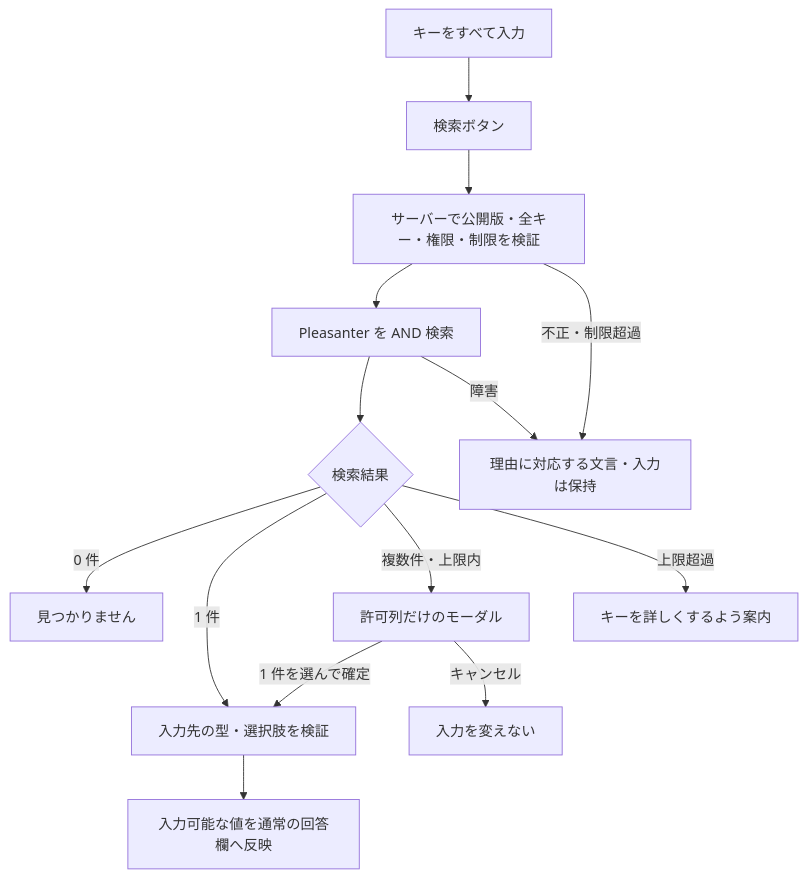
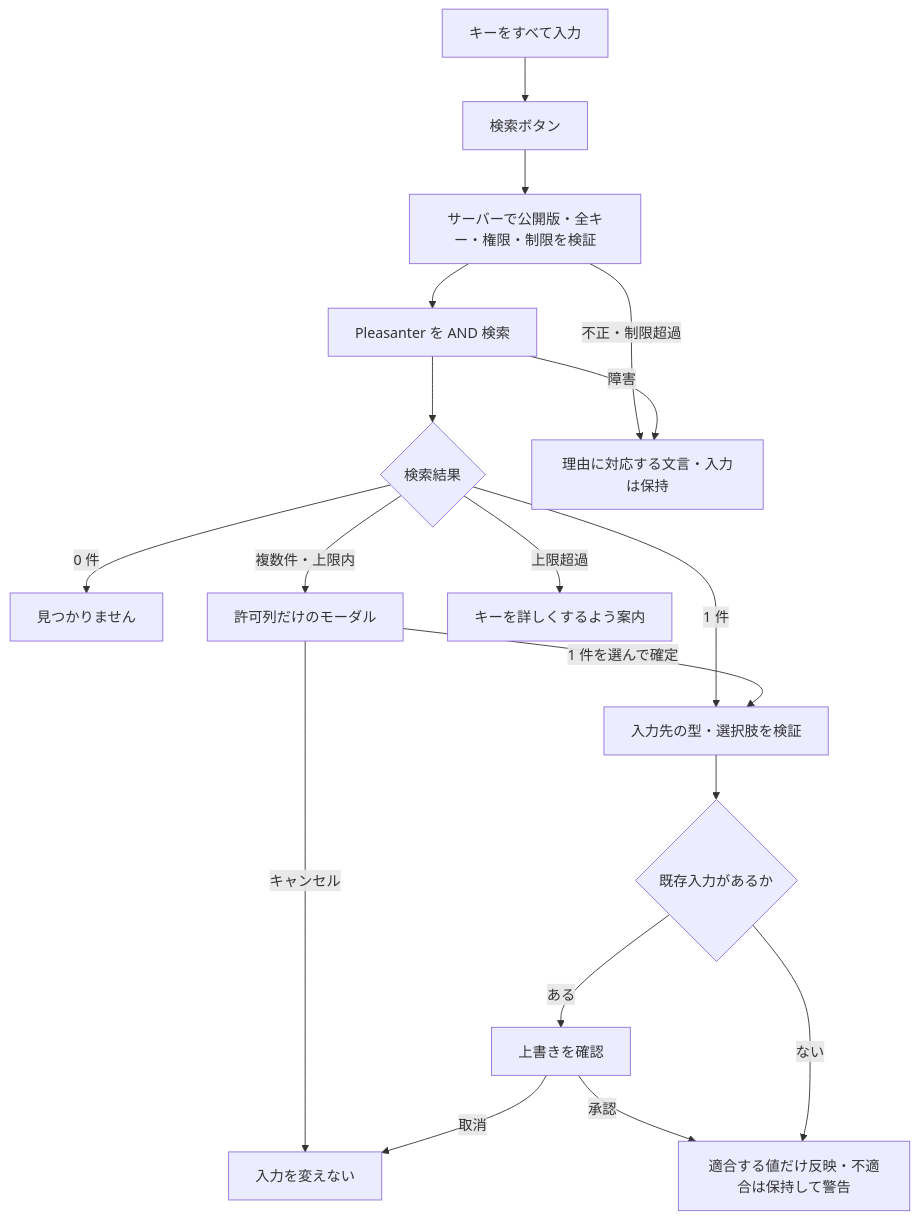
The diagram in _documents/ルックアップ項目の仕様書.md (vehiclevisionjp/VehicleVision.PleasanterTools.Questionnaire), drawn with Mermaid before and after one commit. The commit also changed other lines of this file and 8 other files, not shown here.

````diff
--- a/_documents/ルックアップ項目の仕様書.md
+++ b/_documents/ルックアップ項目の仕様書.md
@@ -46,16 +52,20 @@
 ```mermaid
 flowchart TD
     A["キーをすべて入力"] --> B["検索ボタン"]
     B --> C["サーバーで公開版・全キー・権限・制限を検証"]
     C --> D["Pleasanter を AND 検索"]
     D --> E{"検索結果"}
     E -->|"0 件"| F["見つかりません"]
     E -->|"1 件"| G["入力先の型・選択肢を検証"]
     E -->|"複数件・上限内"| H["許可列だけのモーダル"]
     H -->|"1 件を選んで確定"| G
     H -->|"キャンセル"| I["入力を変えない"]
     E -->|"上限超過"| J["キーを詳しくするよう案内"]
-    G --> K["入力可能な値を通常の回答欄へ反映"]
+    G --> M{"既存入力があるか"}
+    M -->|"ある"| N["上書きを確認"]
+    N -->|"取消"| I
+    N -->|"承認"| K["適合する値だけ反映・不適合は保持して警告"]
+    M -->|"ない"| K
     C -->|"不正・制限超過"| L["理由に対応する文言・入力は保持"]
     D -->|"障害"| L
 ```
````
